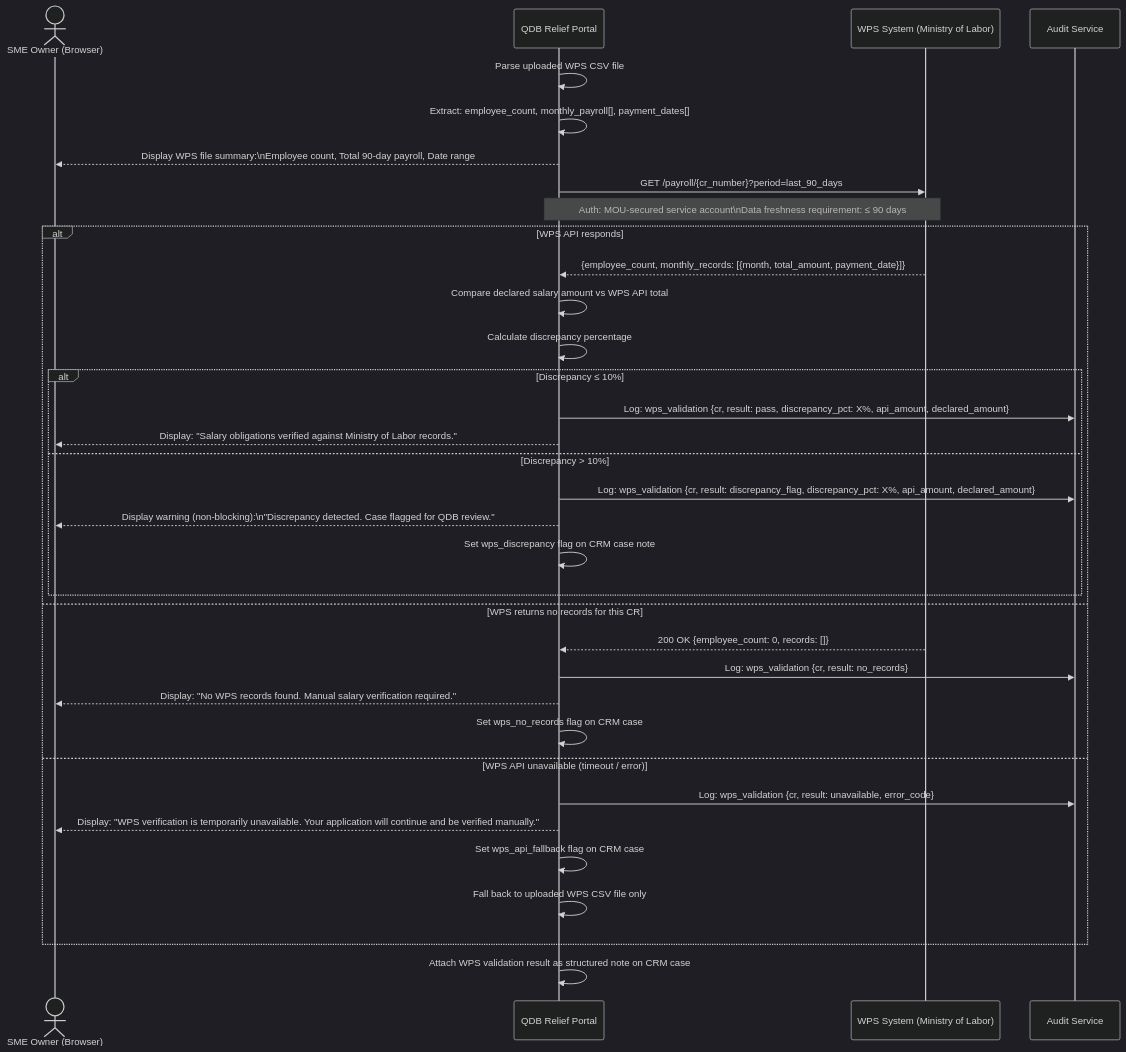
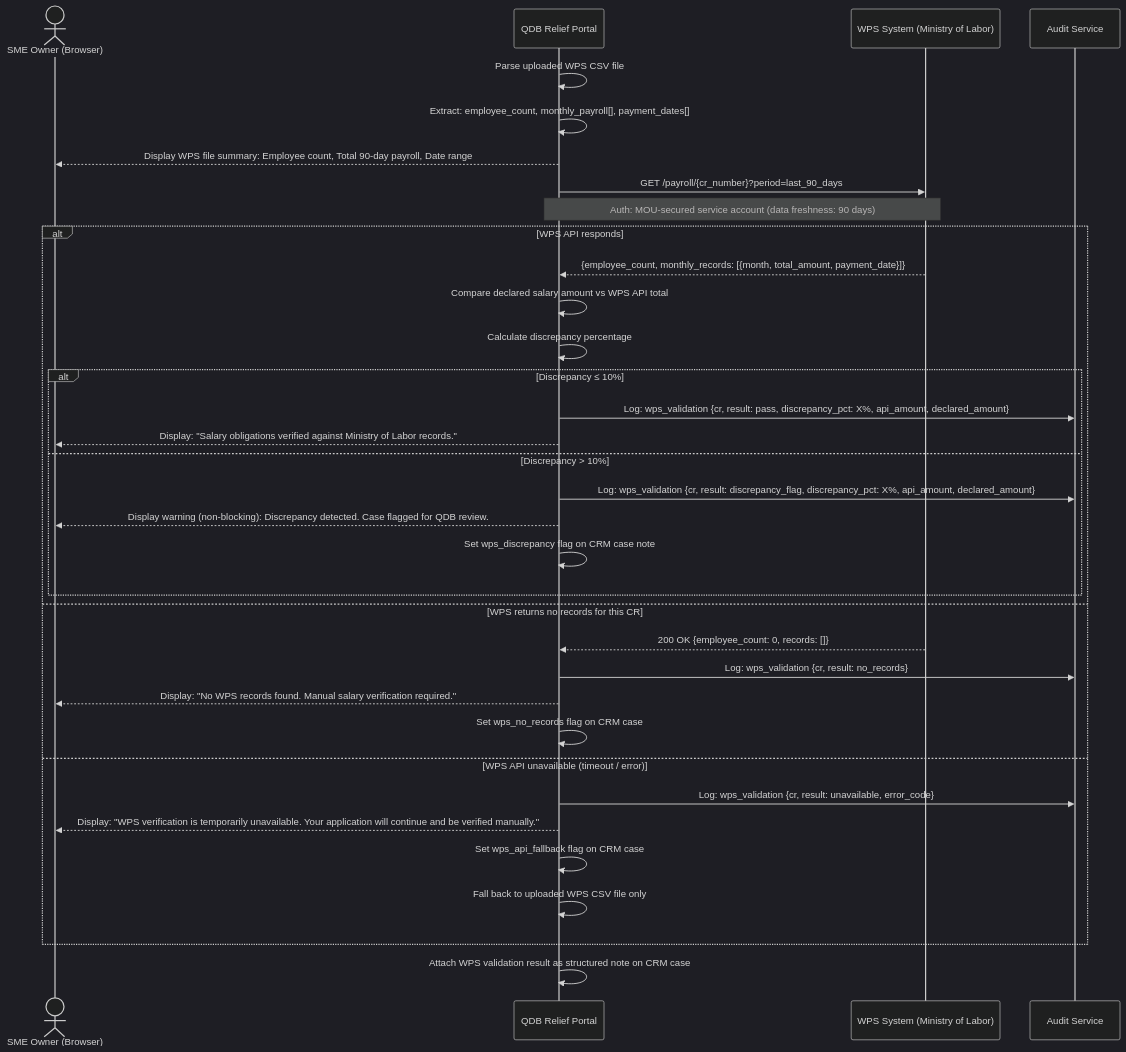
The sixth of 7 diagrams in products/qdb-sme-relief/docs/PRD.md (Tamoura/Claude-Code-creates-the-SW-company), drawn with Mermaid (dark theme) before and after one commit. The commit also changed other lines of this file and 1 other file, not shown here.

First line of the commit message:
fix(qdb-sme-relief): fix Mermaid diagram syntax in BA and PRD docs

````diff
--- a/products/qdb-sme-relief/docs/PRD.md
+++ b/products/qdb-sme-relief/docs/PRD.md
@@ -1230,44 +1230,44 @@
 ```mermaid
 sequenceDiagram
     actor SME as SME Owner (Browser)
     participant Portal as QDB Relief Portal
     participant WPS as WPS System (Ministry of Labor)
     participant AuditLog as Audit Service
 
     Portal->>Portal: Parse uploaded WPS CSV file
     Portal->>Portal: Extract: employee_count, monthly_payroll[], payment_dates[]
-    Portal-->>SME: Display WPS file summary:\nEmployee count, Total 90-day payroll, Date range
+    Portal-->>SME: Display WPS file summary: Employee count, Total 90-day payroll, Date range
 
     Portal->>WPS: GET /payroll/{cr_number}?period=last_90_days
-    Note over Portal,WPS: Auth: MOU-secured service account\nData freshness requirement: ≤ 90 days
+    Note over Portal,WPS: Auth: MOU-secured service account (data freshness: 90 days)
 
     alt WPS API responds
         WPS-->>Portal: {employee_count, monthly_records: [{month, total_amount, payment_date}]}
         Portal->>Portal: Compare declared salary amount vs WPS API total
         Portal->>Portal: Calculate discrepancy percentage
 
         alt Discrepancy ≤ 10%
             Portal->>AuditLog: Log: wps_validation {cr, result: pass, discrepancy_pct: X%, api_amount, declared_amount}
             Portal-->>SME: Display: "Salary obligations verified against Ministry of Labor records."
 
         else Discrepancy > 10%
             Portal->>AuditLog: Log: wps_validation {cr, result: discrepancy_flag, discrepancy_pct: X%, api_amount, declared_amount}
-            Portal-->>SME: Display warning (non-blocking):\n"Discrepancy detected. Case flagged for QDB review."
+            Portal-->>SME: Display warning (non-blocking): Discrepancy detected. Case flagged for QDB review.
             Portal->>Portal: Set wps_discrepancy flag on CRM case note
         end
 
     else WPS returns no records for this CR
         WPS-->>Portal: 200 OK {employee_count: 0, records: []}
         Portal->>AuditLog: Log: wps_validation {cr, result: no_records}
         Portal-->>SME: Display: "No WPS records found. Manual salary verification required."
         Portal->>Portal: Set wps_no_records flag on CRM case
 
     else WPS API unavailable (timeout / error)
         Portal->>AuditLog: Log: wps_validation {cr, result: unavailable, error_code}
         Portal-->>SME: Display: "WPS verification is temporarily unavailable. Your application will continue and be verified manually."
         Portal->>Portal: Set wps_api_fallback flag on CRM case
         Portal->>Portal: Fall back to uploaded WPS CSV file only
     end
 
     Portal->>Portal: Attach WPS validation result as structured note on CRM case
 ```
````
